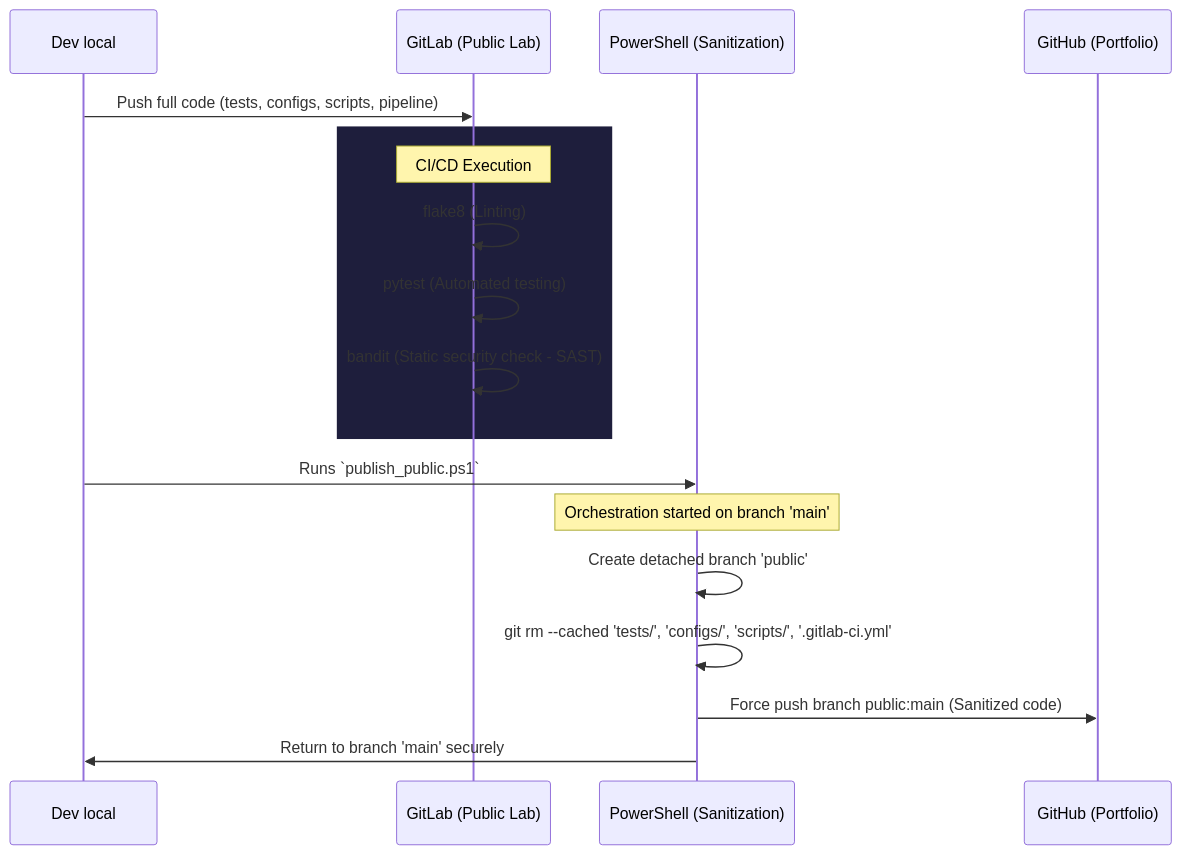
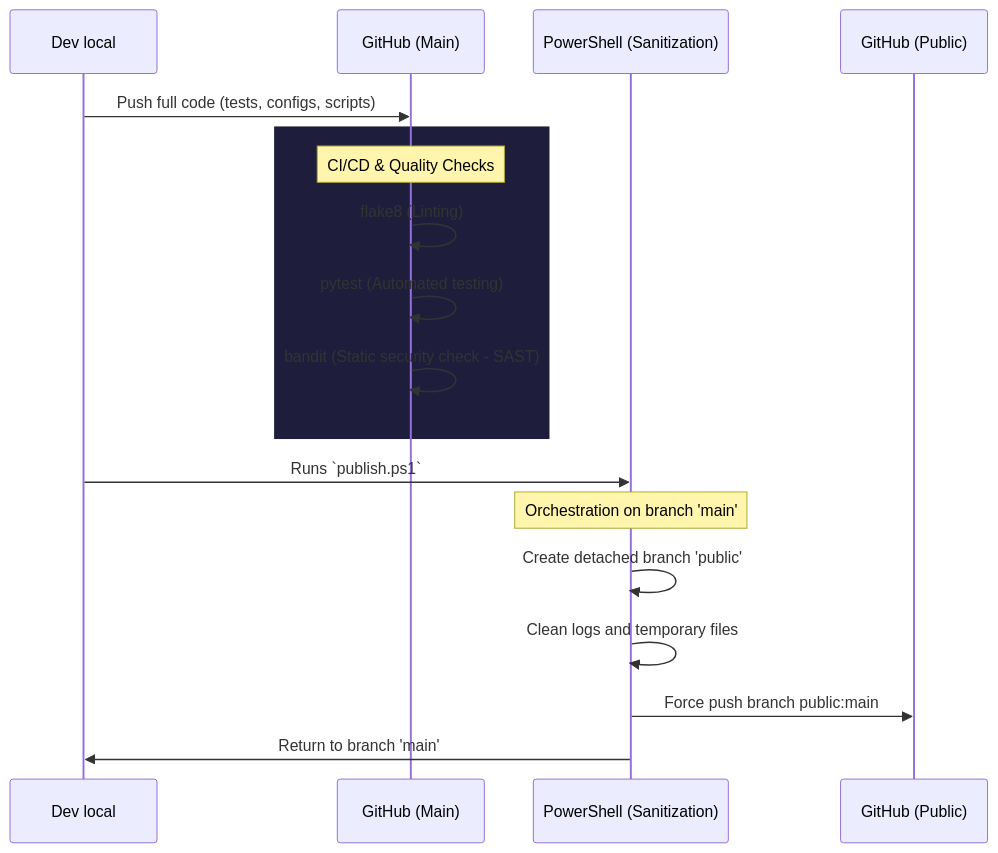
Before and after one commit to devsebastian44/Host-Scan: the second of 3 diagrams in diagrams/architecture.md, drawn with Mermaid. The commit also changed other lines of this file and 2 other files, not shown here.

Commit message:
chore: purge GitLab dependencies and legacy files

````diff
--- a/diagrams/architecture.md
+++ b/diagrams/architecture.md
@@ -35,22 +35,22 @@
 ```mermaid
 sequenceDiagram
     participant Dev local
-    participant GitLab (Public Lab)
+    participant GitHub (Main)
     participant PowerShell (Sanitization)
-    participant GitHub (Portfolio)
+    participant GitHub (Public)
 
-    Dev local->>GitLab (Public Lab): Push full code (tests, configs, scripts, pipeline)
+    Dev local->>GitHub (Main): Push full code (tests, configs, scripts)
     rect rgb(30, 30, 60)
-    Note over GitLab (Public Lab): CI/CD Execution
-    GitLab (Public Lab)->>GitLab (Public Lab): flake8 (Linting)
-    GitLab (Public Lab)->>GitLab (Public Lab): pytest (Automated testing)
-    GitLab (Public Lab)->>GitLab (Public Lab): bandit (Static security check - SAST)
+    Note over GitHub (Main): CI/CD & Quality Checks
+    GitHub (Main)->>GitHub (Main): flake8 (Linting)
+    GitHub (Main)->>GitHub (Main): pytest (Automated testing)
+    GitHub (Main)->>GitHub (Main): bandit (Static security check - SAST)
     end
     
-    Dev local->>PowerShell (Sanitization): Runs `publish_public.ps1`
-    Note over PowerShell (Sanitization): Orchestration started on branch 'main'
+    Dev local->>PowerShell (Sanitization): Runs `publish.ps1`
+    Note over PowerShell (Sanitization): Orchestration on branch 'main'
     PowerShell (Sanitization)->>PowerShell (Sanitization): Create detached branch 'public'
-    PowerShell (Sanitization)->>PowerShell (Sanitization): git rm --cached 'tests/', 'configs/', 'scripts/', '.gitlab-ci.yml'
-    PowerShell (Sanitization)->>GitHub (Portfolio): Force push branch public:main (Sanitized code)
-    PowerShell (Sanitization)->>Dev local: Return to branch 'main' securely
+    PowerShell (Sanitization)->>PowerShell (Sanitization): Clean logs and temporary files
+    PowerShell (Sanitization)->>GitHub (Public): Force push branch public:main
+    PowerShell (Sanitization)->>Dev local: Return to branch 'main'
 ```
````
